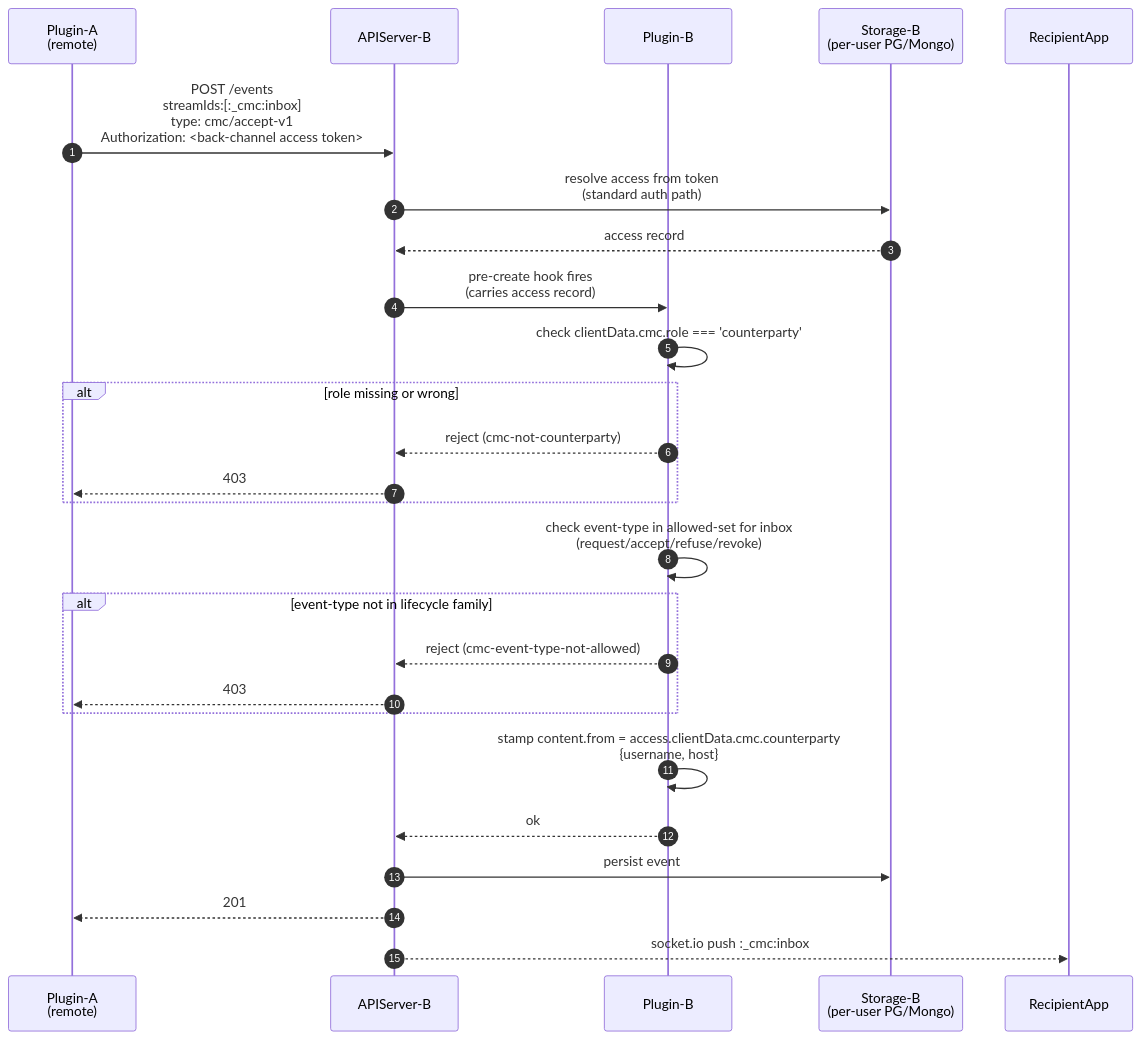
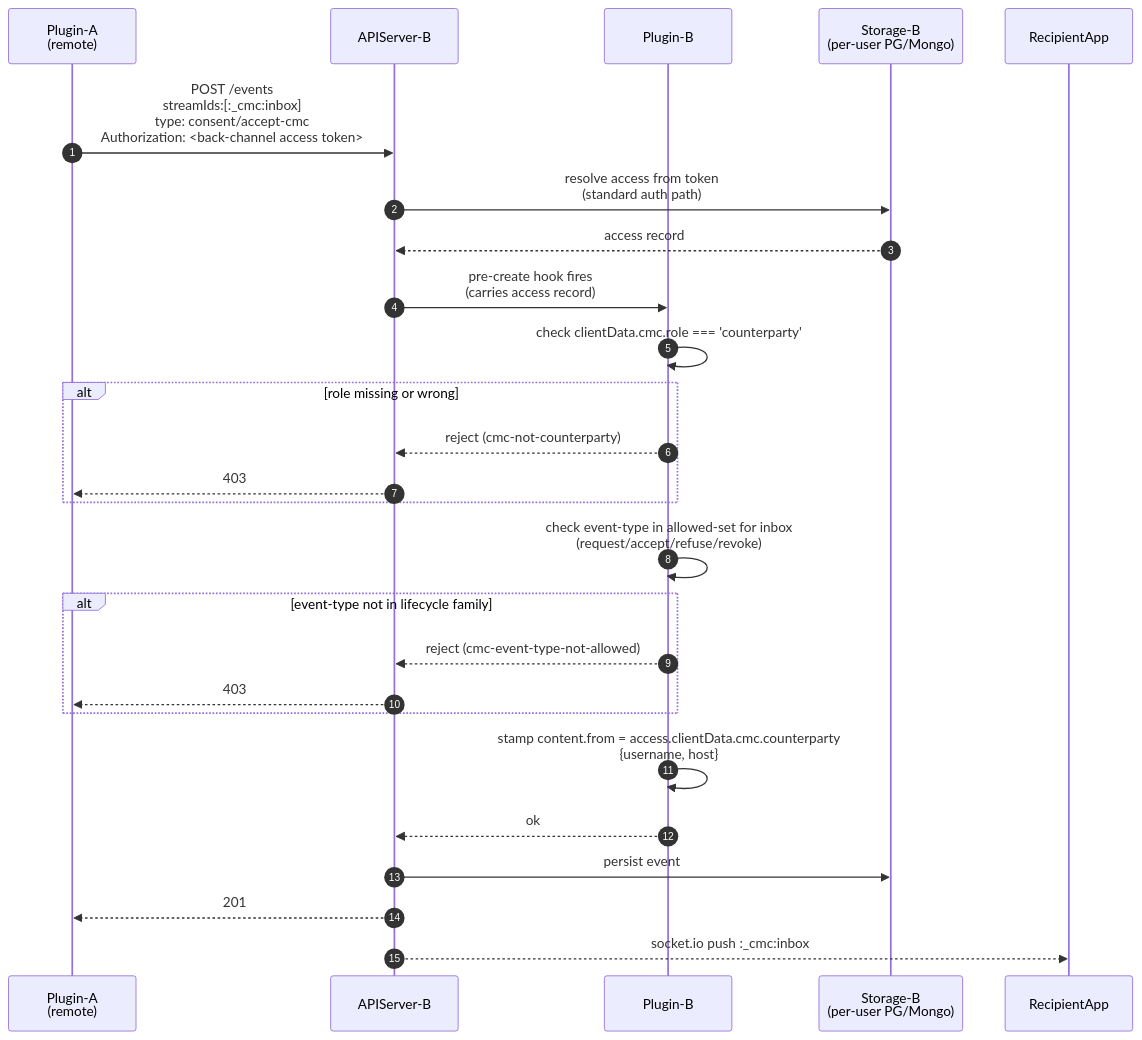
One commit to pryv/open-pryv.io changed the fifth of 14 diagrams in components/cmc/INTERNALS.md. Above: the diagram before and after it, drawn with Mermaid. The commit also changed other lines of this file and 40 other files, not shown here.

````diff
--- a/components/cmc/INTERNALS.md
+++ b/components/cmc/INTERNALS.md
@@ -252,29 +252,29 @@
 ```mermaid
 sequenceDiagram
     autonumber
     participant PeerPlugin as Plugin-A<br/>(remote)
     participant APIServer as APIServer-B
     participant Plugin as Plugin-B
     participant Storage as Storage-B<br/>(per-user PG/Mongo)
     participant App as RecipientApp
 
-    PeerPlugin->>APIServer: POST /events<br/>streamIds:[:_cmc:inbox]<br/>type: cmc/accept-v1<br/>Authorization: <back-channel access token>
+    PeerPlugin->>APIServer: POST /events<br/>streamIds:[:_cmc:inbox]<br/>type: consent/accept-cmc<br/>Authorization: <back-channel access token>
     APIServer->>Storage: resolve access from token<br/>(standard auth path)
     Storage-->>APIServer: access record
     APIServer->>Plugin: pre-create hook fires<br/>(carries access record)
     Plugin->>Plugin: check clientData.cmc.role === 'counterparty'
     alt role missing or wrong
         Plugin-->>APIServer: reject (cmc-not-counterparty)
         APIServer-->>PeerPlugin: 403
     end
     Plugin->>Plugin: check event-type in allowed-set for inbox<br/>(request/accept/refuse/revoke)
     alt event-type not in lifecycle family
         Plugin-->>APIServer: reject (cmc-event-type-not-allowed)
         APIServer-->>PeerPlugin: 403
     end
     Plugin->>Plugin: stamp content.from = access.clientData.cmc.counterparty<br/>{username, host}
     Plugin-->>APIServer: ok
     APIServer->>Storage: persist event
     APIServer-->>PeerPlugin: 201
     APIServer-->>App: socket.io push :_cmc:inbox
 ```
````
